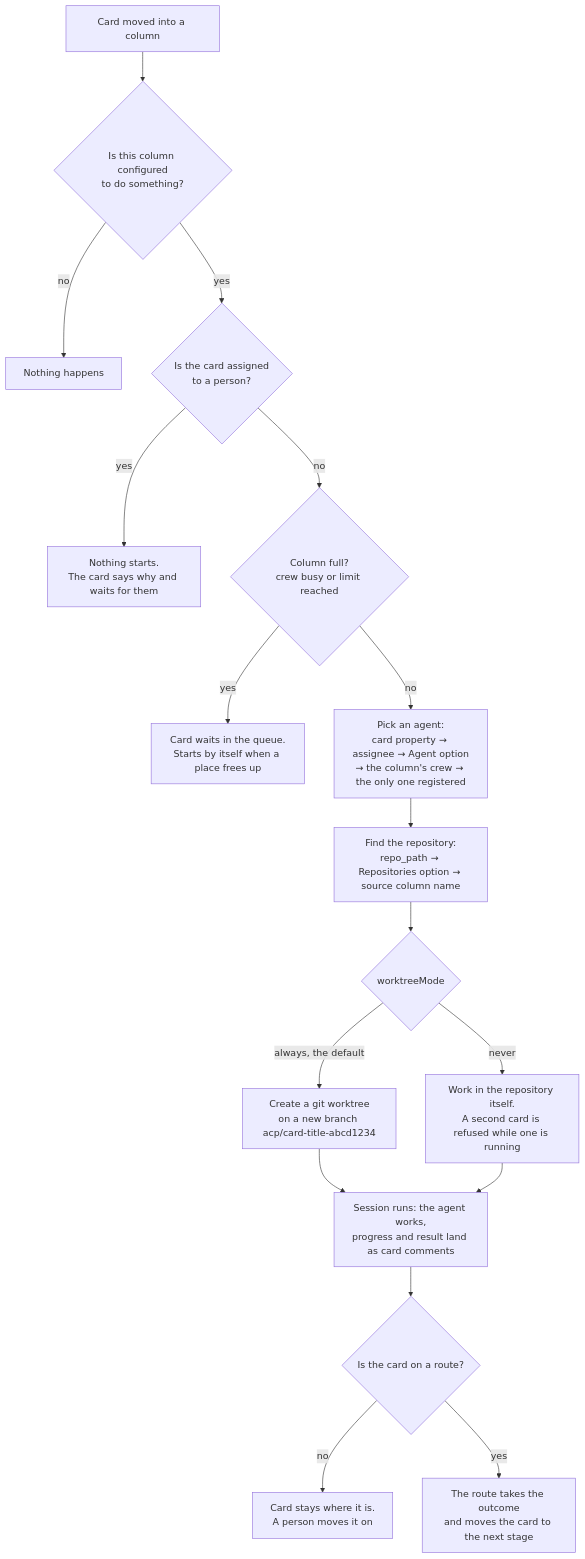
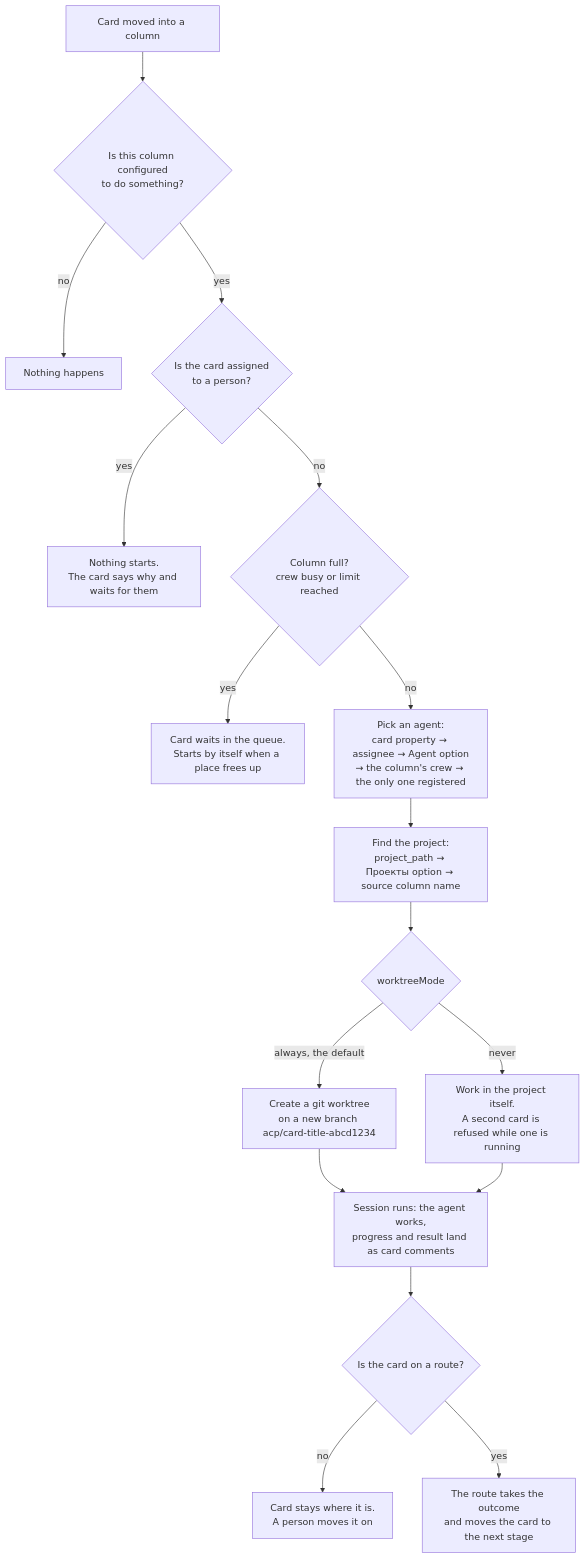
One commit to artipop/xciii changed the first of 5 diagrams in docs/flows.md. Above: the diagram before and after it, drawn with Mermaid. The commit also changed other lines of this file and 78 other files, not shown here.

````diff
--- a/docs/flows.md
+++ b/docs/flows.md
@@ -28,19 +28,19 @@
 ```mermaid
 flowchart TD
     A["Card moved into a column"] --> B{"Is this column configured<br/>to do something?"}
     B -- no --> Z["Nothing happens"]
     B -- yes --> C{"Is the card assigned<br/>to a person?"}
     C -- yes --> Z2["Nothing starts.<br/>The card says why and waits for them"]
     C -- no --> D{"Column full?<br/>crew busy or limit reached"}
     D -- yes --> Q["Card waits in the queue.<br/>Starts by itself when a place frees up"]
     D -- no --> E["Pick an agent:<br/>card property → assignee → Agent option<br/>→ the column's crew → the only one registered"]
-    E --> F["Find the repository:<br/>repo_path → Repositories option → source column name"]
+    E --> F["Find the project:<br/>project_path → Проекты option → source column name"]
     F --> G{"worktreeMode"}
     G -- always, the default --> H["Create a git worktree<br/>on a new branch acp/card-title-abcd1234"]
-    G -- never --> I["Work in the repository itself.<br/>A second card is refused while one is running"]
+    G -- never --> I["Work in the project itself.<br/>A second card is refused while one is running"]
     H --> J["Session runs: the agent works,<br/>progress and result land as card comments"]
     I --> J
     J --> K{"Is the card on a route?"}
     K -- no --> L["Card stays where it is.<br/>A person moves it on"]
     K -- yes --> M["The route takes the outcome<br/>and moves the card to the next stage"]
 ```
````
